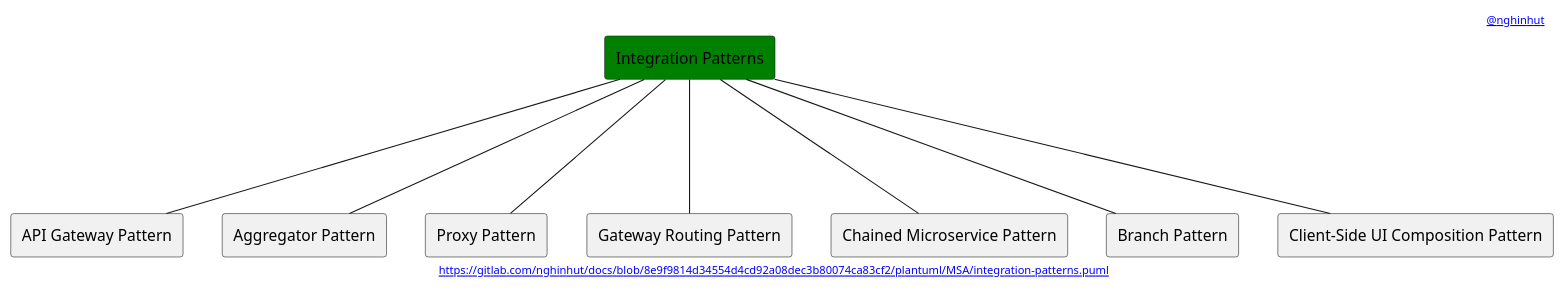
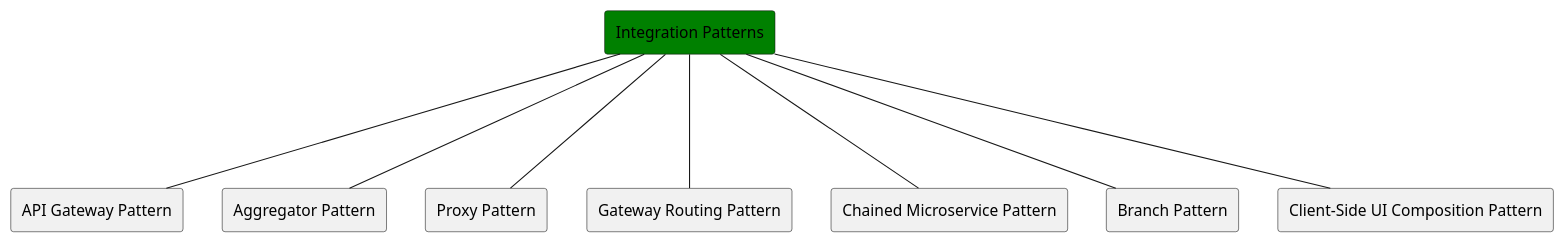
Before and after one commit to nghinhut/docs: the diagram in plantuml/MSA/integration-patterns.puml, drawn with PlantUML. The commit also changed 26 other files, not shown here.

Commit message:
refactor(plantuml): remove plantuml header from files

```diff
--- a/plantuml/MSA/integration-patterns.puml
+++ b/plantuml/MSA/integration-patterns.puml
@@ -1,24 +1,19 @@
 @startuml
-'-----START auto generated metadata please keep comment here to allow auto update-----
-'-----DON'T EDIT THIS SECTION, INSTEAD RE-RUN prebuild.sh TO UPDATE-----
-header [[https://www.nghinhut.dev?from=http%5C%3A%5C%2F%5C%2Fwww%5C.plantuml%5C.com%5C%2Fplantuml%5C%2Fproxy%3Ffmt%3Dsvg%5C%26src%3Dhttps%5C%3A%5C%2F%5C%2Fgitlab%5C.com%5C%2Fnghinhut%5C%2Fdocs%5C%2Fraw%5C%2F8e9f9814d34554d4cd92a08dec3b80074ca83cf2%5C%2Fplantuml%5C%2FMSA%5C%2Fintegration-patterns%5C.puml%0A @nghinhut]]
-footer [[http://www.plantuml.com/plantuml/proxy?fmt=svg&src=https://gitlab.com/nghinhut/docs/raw/8e9f9814d34554d4cd92a08dec3b80074ca83cf2/plantuml/MSA/integration-patterns.puml https://gitlab.com/nghinhut/docs/blob/8e9f9814d34554d4cd92a08dec3b80074ca83cf2/plantuml/MSA/integration-patterns.puml]]
-'-----END auto generated metadata please keep comment here to allow auto update-----
 
 rectangle "Integration Patterns" as Integration #green
 
 rectangle "API Gateway Pattern" as IntegrationP1
 rectangle "Aggregator Pattern" as IntegrationP2
 rectangle "Proxy Pattern" as IntegrationP3
 rectangle "Gateway Routing Pattern" as IntegrationP4
 rectangle "Chained Microservice Pattern" as IntegrationP5
 rectangle "Branch Pattern" as IntegrationP6
 rectangle "Client-Side UI Composition Pattern" as IntegrationP7
 Integration --- IntegrationP1
 Integration --- IntegrationP2
 Integration --- IntegrationP3
 Integration --- IntegrationP4
 Integration --- IntegrationP5
 Integration --- IntegrationP6
 Integration --- IntegrationP7
 @enduml
```
